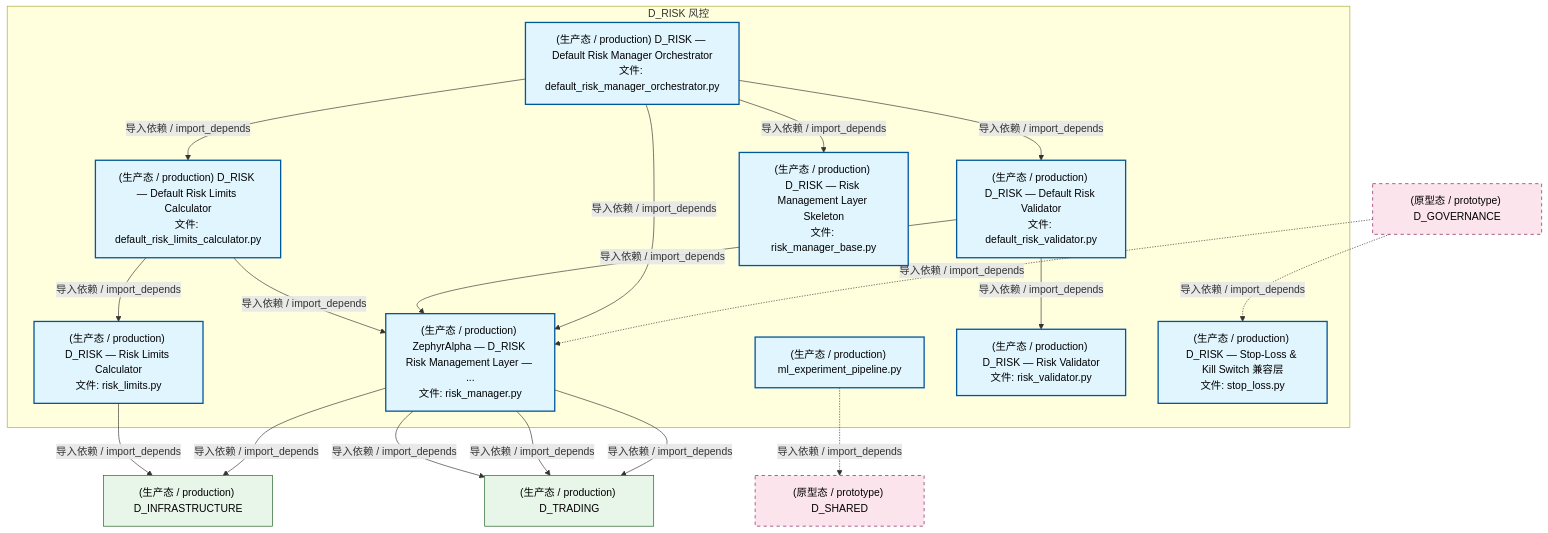
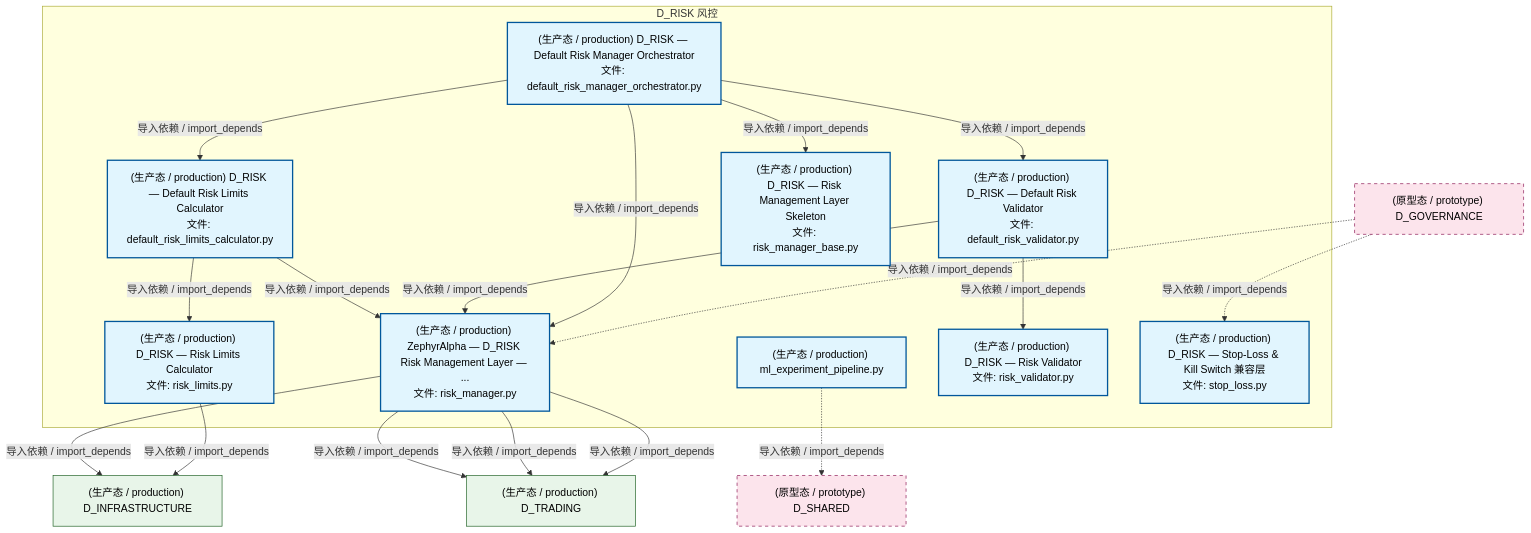
One commit to xuanFelixVan/ZephyrAlpha changed the second of 4 diagrams in docs/02_enterprise_architecture/02_domain_architecture_docs/54_d_risk.md. Above: the diagram before and after it, drawn with Mermaid. The commit also changed other lines of this file and 125 other files, not shown here.

````diff
--- a/docs/02_enterprise_architecture/02_domain_architecture_docs/54_d_risk.md
+++ b/docs/02_enterprise_architecture/02_domain_architecture_docs/54_d_risk.md
@@ -187,41 +187,41 @@
 ```mermaid
 graph TD
     subgraph D_RISK["D_RISK 风控"]
         src_zephyr_risk_cross_asset_cross_market_data_adapter_ml_experiment_pipeline_py["(生产态 / production) ml_experiment_pipeline.py"]
         src_zephyr_risk_implementations_default_risk_limits_calculator_py["(生产态 / production) D_RISK — Default Risk Limits Calculator<br/>文件: default_risk_limits_calculator.py"]
         src_zephyr_risk_implementations_default_risk_manager_orchestrator_py["(生产态 / production) D_RISK — Default Risk Manager Orchestrator<br/>文件: default_risk_manager_orchestrator.py"]
         src_zephyr_risk_implementations_default_risk_validator_py["(生产态 / production) D_RISK — Default Risk Validator<br/>文件: default_risk_validator.py"]
         src_zephyr_risk_risk_limits_py["(生产态 / production) D_RISK — Risk Limits Calculator<br/>文件: risk_limits.py"]
         src_zephyr_risk_risk_manager_py["(生产态 / production) ZephyrAlpha — D_RISK Risk Management Layer — ...<br/>文件: risk_manager.py"]
         src_zephyr_risk_risk_manager_base_py["(生产态 / production) D_RISK — Risk Management Layer Skeleton<br/>文件: risk_manager_base.py"]
         src_zephyr_risk_risk_validator_py["(生产态 / production) D_RISK — Risk Validator<br/>文件: risk_validator.py"]
         src_zephyr_risk_stop_loss_py["(生产态 / production) D_RISK — Stop-Loss & Kill Switch 兼容层<br/>文件: stop_loss.py"]
     end
+    src_zephyr_risk_implementations_default_risk_limits_calculator_py -->|导入依赖 / import_depends| src_zephyr_risk_risk_manager_py
     src_zephyr_risk_implementations_default_risk_limits_calculator_py -->|导入依赖 / import_depends| src_zephyr_risk_risk_limits_py
-    src_zephyr_risk_implementations_default_risk_limits_calculator_py -->|导入依赖 / import_depends| src_zephyr_risk_risk_manager_py
     src_zephyr_risk_implementations_default_risk_validator_py -->|导入依赖 / import_depends| src_zephyr_risk_risk_manager_py
     src_zephyr_risk_implementations_default_risk_validator_py -->|导入依赖 / import_depends| src_zephyr_risk_risk_validator_py
+    src_zephyr_risk_implementations_default_risk_manager_orchestrator_py -->|导入依赖 / import_depends| src_zephyr_risk_risk_manager_py
     src_zephyr_risk_implementations_default_risk_manager_orchestrator_py -->|导入依赖 / import_depends| src_zephyr_risk_risk_manager_base_py
-    src_zephyr_risk_implementations_default_risk_manager_orchestrator_py -->|导入依赖 / import_depends| src_zephyr_risk_risk_manager_py
     src_zephyr_risk_implementations_default_risk_manager_orchestrator_py -->|导入依赖 / import_depends| src_zephyr_risk_implementations_default_risk_limits_calculator_py
     src_zephyr_risk_implementations_default_risk_manager_orchestrator_py -->|导入依赖 / import_depends| src_zephyr_risk_implementations_default_risk_validator_py
     D_INFRASTRUCTURE["(生产态 / production) D_INFRASTRUCTURE"]
-    src_zephyr_risk_risk_limits_py -->|导入依赖 / import_depends| D_INFRASTRUCTURE
     src_zephyr_risk_risk_manager_py -->|导入依赖 / import_depends| D_INFRASTRUCTURE
     D_TRADING["(生产态 / production) D_TRADING"]
     src_zephyr_risk_risk_manager_py -->|导入依赖 / import_depends| D_TRADING
     src_zephyr_risk_risk_manager_py -->|导入依赖 / import_depends| D_TRADING
     src_zephyr_risk_risk_manager_py -->|导入依赖 / import_depends| D_TRADING
+    src_zephyr_risk_risk_limits_py -->|导入依赖 / import_depends| D_INFRASTRUCTURE
     D_SHARED["(原型态 / prototype) D_SHARED"]
     src_zephyr_risk_cross_asset_cross_market_data_adapter_ml_experiment_pipeline_py -.->|导入依赖 / import_depends| D_SHARED
     D_GOVERNANCE["(原型态 / prototype) D_GOVERNANCE"]
+    D_GOVERNANCE -.->|导入依赖 / import_depends| src_zephyr_risk_risk_manager_py
     D_GOVERNANCE -.->|导入依赖 / import_depends| src_zephyr_risk_stop_loss_py
-    D_GOVERNANCE -.->|导入依赖 / import_depends| src_zephyr_risk_risk_manager_py
     classDef production fill:#e1f5fe,stroke:#01579b,stroke-width:2px,color:#000
     classDef design fill:#fff3e0,stroke:#e65100,stroke-width:2px,color:#000,stroke-dasharray: 5 5
     classDef external_prod fill:#e8f5e9,stroke:#1b5e20,stroke-width:1px,color:#000
     classDef external_design fill:#fce4ec,stroke:#880e4f,stroke-width:1px,color:#000,stroke-dasharray: 5 5
     class src_zephyr_risk_cross_asset_cross_market_data_adapter_ml_experiment_pipeline_py,src_zephyr_risk_implementations_default_risk_limits_calculator_py,src_zephyr_risk_implementations_default_risk_manager_orchestrator_py,src_zephyr_risk_implementations_default_risk_validator_py,src_zephyr_risk_risk_limits_py,src_zephyr_risk_risk_manager_py,src_zephyr_risk_risk_manager_base_py,src_zephyr_risk_risk_validator_py,src_zephyr_risk_stop_loss_py production
     class D_INFRASTRUCTURE,D_TRADING external_prod
     class D_SHARED,D_GOVERNANCE external_design
 ```
````
